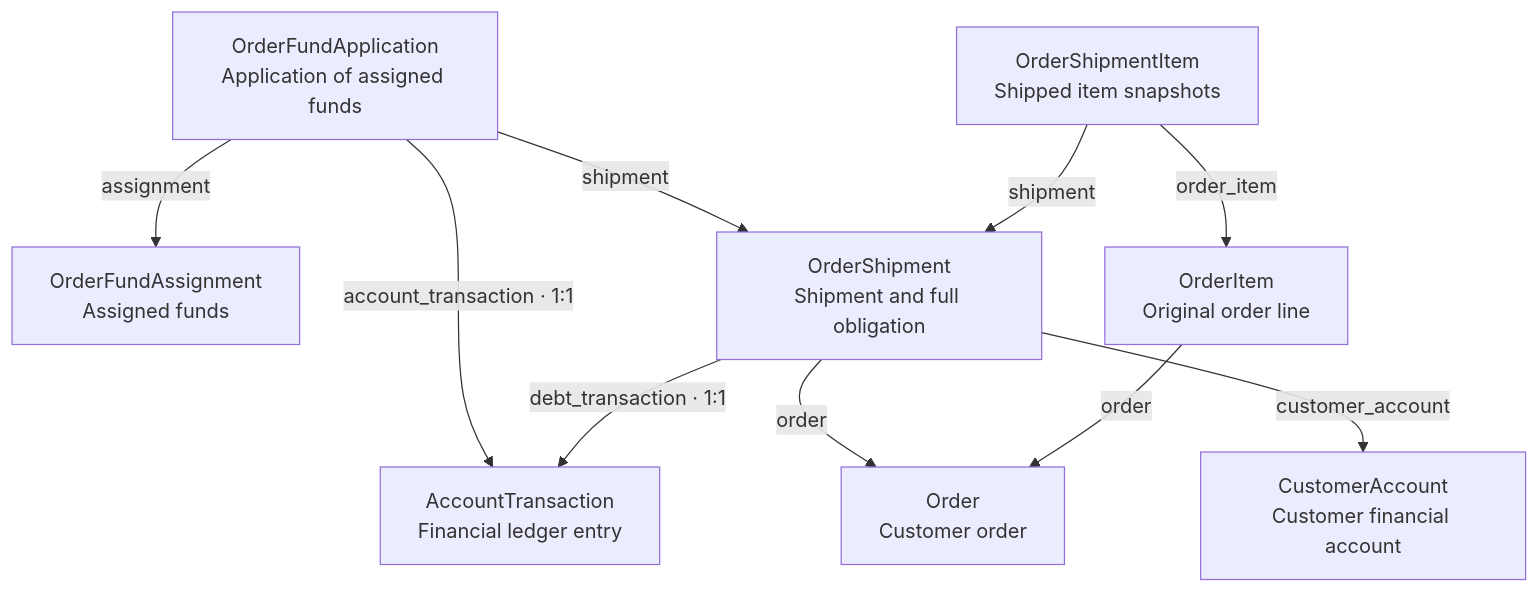
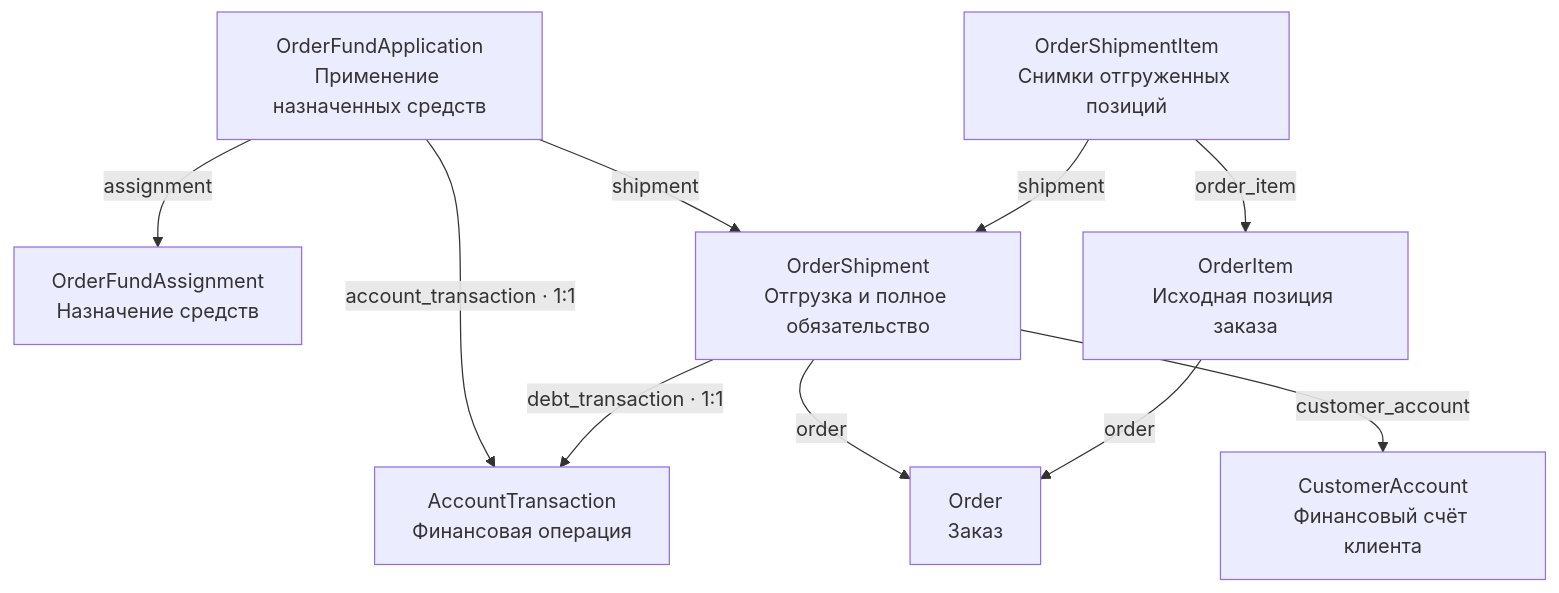
One commit to asmpc/Shop_ePower changed the second of 4 diagrams in README.md. Above: the diagram before and after it, drawn with Mermaid. The commit also changed other lines of this file and 9 other files, not shown here.

````diff
--- a/README.md
+++ b/README.md
@@ -355,22 +285,22 @@
 ```mermaid
 flowchart TB
-    F["OrderFundApplication<br/>Application of assigned funds"]
-    A["OrderFundAssignment<br/>Assigned funds"]
-    H["OrderShipment<br/>Shipment and full obligation"]
-    T["AccountTransaction<br/>Financial ledger entry"]
-    C["CustomerAccount<br/>Customer financial account"]
-    O["Order<br/>Customer order"]
-    I["OrderShipmentItem<br/>Shipped item snapshots"]
-    OI["OrderItem<br/>Original order line"]
+    F["OrderFundApplication<br/>Применение назначенных средств"]
+    A["OrderFundAssignment<br/>Назначение средств"]
+    H["OrderShipment<br/>Отгрузка и полное обязательство"]
+    T["AccountTransaction<br/>Финансовая операция"]
+    C["CustomerAccount<br/>Финансовый счёт клиента"]
+    O["Order<br/>Заказ"]
+    I["OrderShipmentItem<br/>Снимки отгруженных позиций"]
+    OI["OrderItem<br/>Исходная позиция заказа"]
 
     F -->|"assignment"| A
     F -->|"shipment"| H
     F -->|"account_transaction · 1:1"| T
     H -->|"order"| O
     H -->|"customer_account"| C
     H -->|"debt_transaction · 1:1"| T
     I -->|"shipment"| H
     I -->|"order_item"| OI
     OI -->|"order"| O
 
 ```
````
